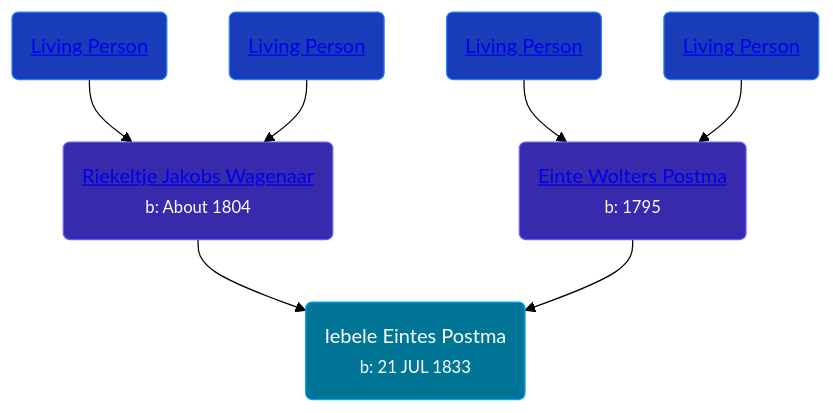
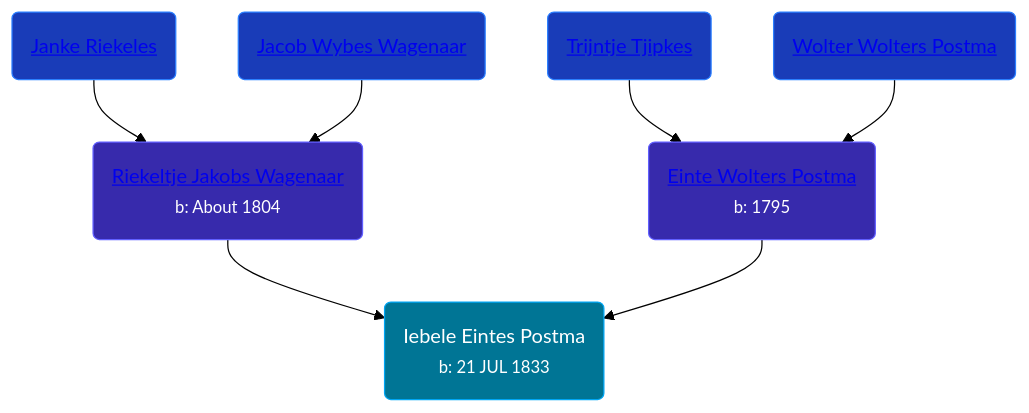
The diagram in pages/people/6/62935454.md (wpmgotkh/wpmgotkh.github.io), drawn with Mermaid (forest theme) before and after one commit. The commit also changed 586 other files, not shown here.

Commit message:
feat: better shouldConsiderPersonLiving algo

````diff
--- a/pages/people/6/62935454.md
+++ b/pages/people/6/62935454.md
@@ -10,13 +10,13 @@
 ```mermaid
 graph
 classDef grands fill:#193cb8,stroke:#2b7fff,stroke-width:1px,color:#fff;
 classDef parents fill:#372aac,stroke:#615fff,stroke-width:1px,color:#fff;
 classDef primary fill:#007595,stroke:#00a6f4,stroke-width:1px,color:#fff;
 62935454(Iebele Eintes Postma<br /><small>b: 21 JUL 1833</small>):::primary
 77820694(<a class="text-white" href="/people/7/77820694">Riekeltje Jakobs Wagenaar</a><br /><small>b: About 1804</small>):::parents-->62935454
-76873962(<a class="text-white" href="/people/7/76873962">Living Person</a>):::grands-->77820694
-84928777(<a class="text-white" href="/people/8/84928777">Living Person</a>):::grands-->77820694
+76873962(<a class="text-white" href="/people/7/76873962">Janke Riekeles</a>):::grands-->77820694
+84928777(<a class="text-white" href="/people/8/84928777">Jacob Wybes Wagenaar</a>):::grands-->77820694
 18880768(<a class="text-white" href="/people/1/18880768">Einte Wolters Postma</a><br /><small>b: 1795</small>):::parents-->62935454
-78249927(<a class="text-white" href="/people/7/78249927">Living Person</a>):::grands-->18880768
-26527652(<a class="text-white" href="/people/2/26527652">Living Person</a>):::grands-->18880768
+78249927(<a class="text-white" href="/people/7/78249927">Trijntje Tjipkes</a>):::grands-->18880768
+26527652(<a class="text-white" href="/people/2/26527652">Wolter Wolters Postma</a>):::grands-->18880768
 ```
````
